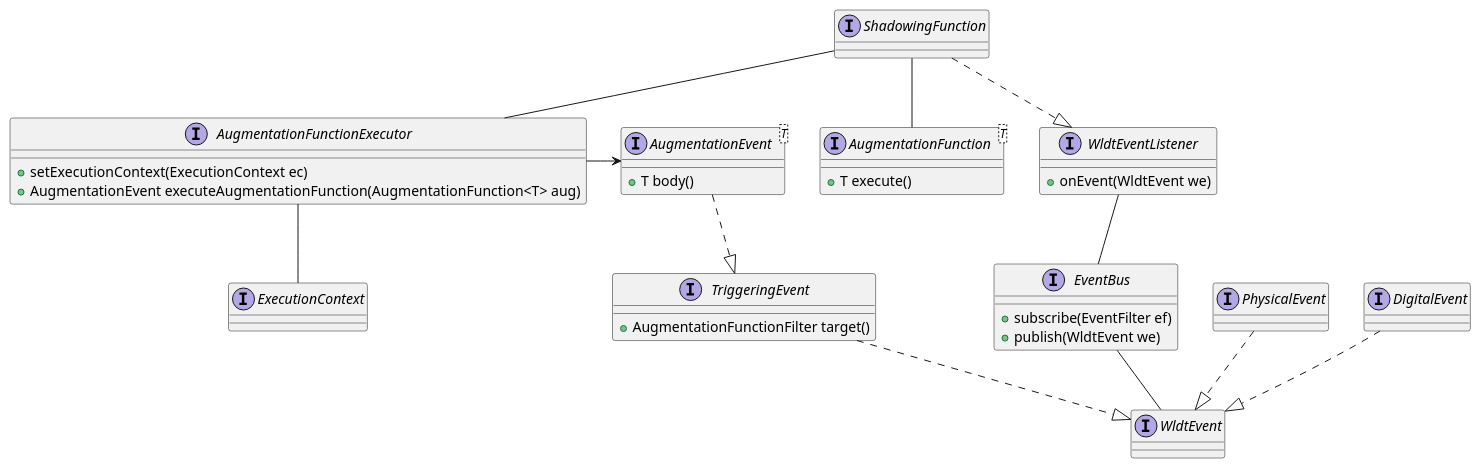
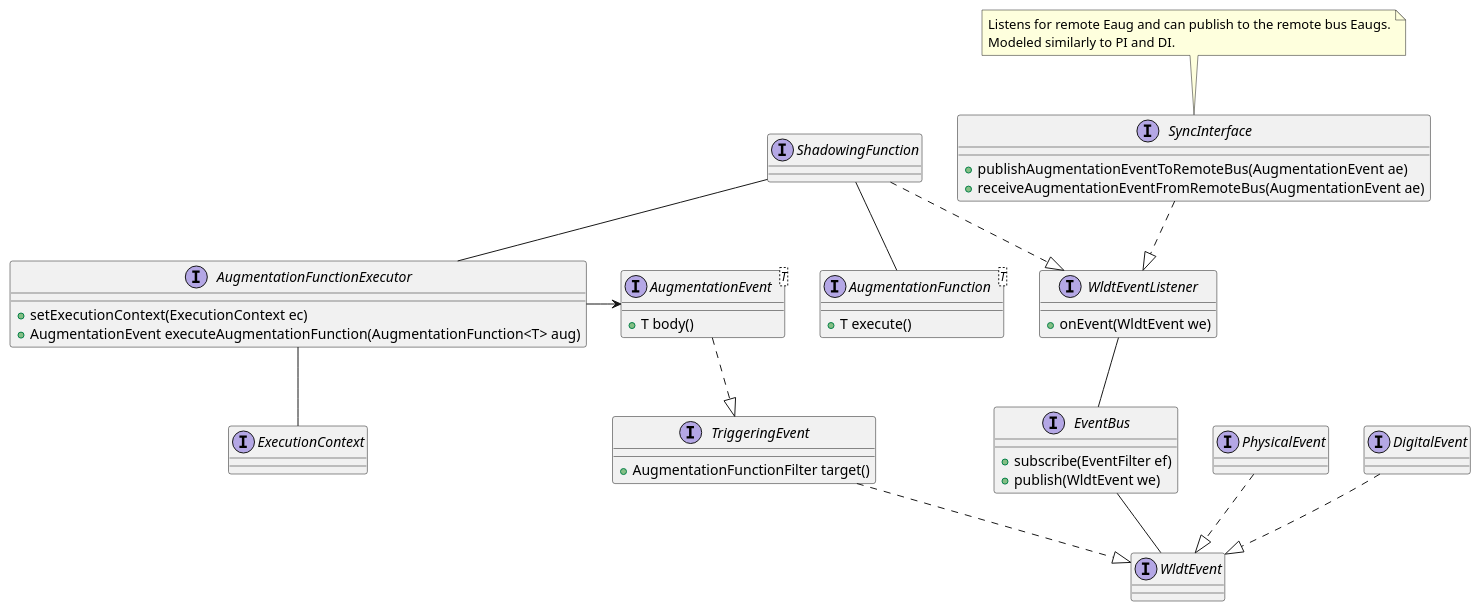
The diagram in doc/augmentation/diagrams/augmentation-functions-architecture.puml (lm98/wldt-core-java), drawn with PlantUML before and after one commit.

Commit message:
docs: add sync interface to architectural model

```diff
--- a/doc/augmentation/diagrams/augmentation-functions-architecture.puml
+++ b/doc/augmentation/diagrams/augmentation-functions-architecture.puml
@@ -1,49 +1,58 @@
 @startuml
 
 /' EVENTS '/
 interface "WldtEvent" as we
 interface "TriggeringEvent" as t {
     + AugmentationFunctionFilter target()
 }
 t ..|> we
 interface "AugmentationEvent<T>" as Eaug {
     + T body()
 }
 Eaug ..|> t
 interface "PhysicalEvent" as ept
 ept ..|> we
 interface "DigitalEvent" as edt
 edt ..|> we
 
 /' AUGMENTATION FUNCTIONS MODEL '/
 interface "AugmentationFunction<T>" as aug {
     + T execute()
 }
 
 /' EXECUTION  '/
 interface "ExecutionContext" as ec
 interface "AugmentationFunctionExecutor" as EXaug {
     + setExecutionContext(ExecutionContext ec)
     + AugmentationEvent executeAugmentationFunction(AugmentationFunction<T> aug)
 }
 
 /' UTIL '/
 interface "WldtEventListener" as wel {
     + onEvent(WldtEvent we)
 }
 interface "ShadowingFunction" as shad
 shad ..|> wel
 interface "EventBus" as ebus {
     + subscribe(EventFilter ef)
     + publish(WldtEvent we)
 }
 
+interface "SyncInterface" as si {
+    + publishAugmentationEventToRemoteBus(AugmentationEvent ae)
+    + receiveAugmentationEventFromRemoteBus(AugmentationEvent ae)
+}
+si ..|> wel
+
 /' RELATIONSHIPS '/
 EXaug -- ec
 shad -- aug
 shad -- EXaug
 EXaug -> Eaug
 ebus -- we
 wel -- ebus
 
+/' NOTES '/
+note "Listens for remote Eaug and can publish to the remote bus Eaugs.\nModeled similarly to PI and DI." as n1
+n1 .. si
 @enduml
```
